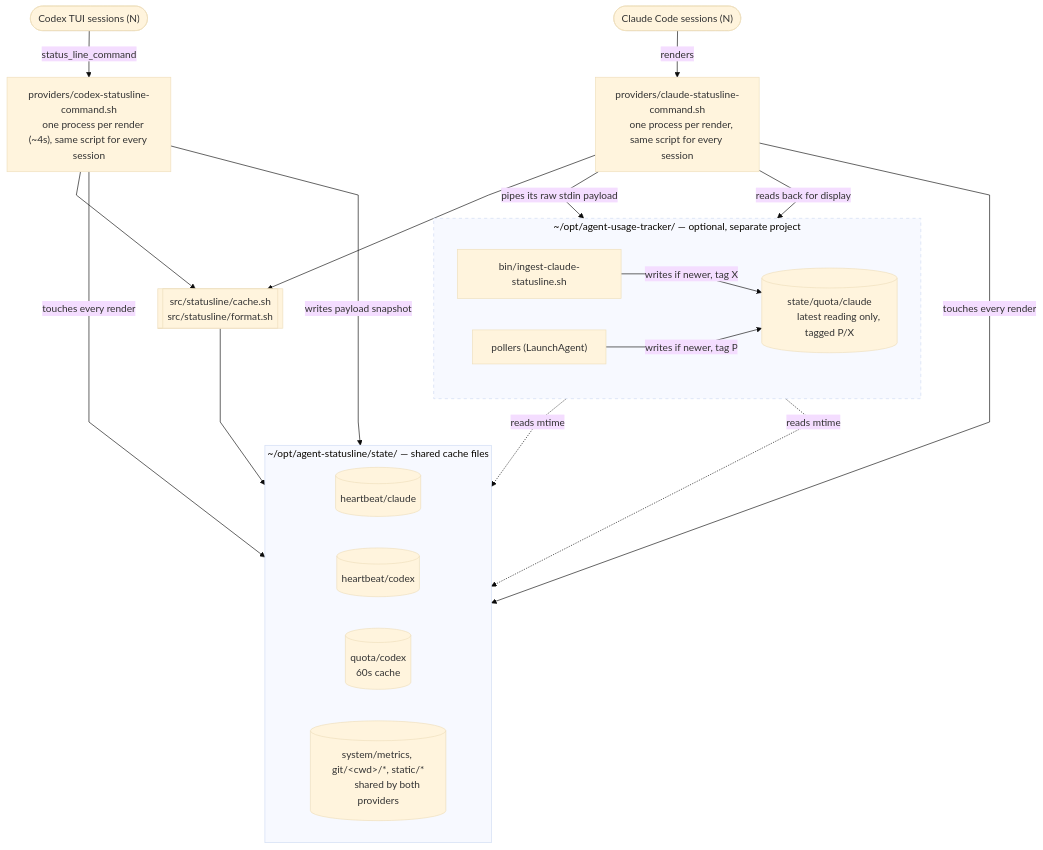
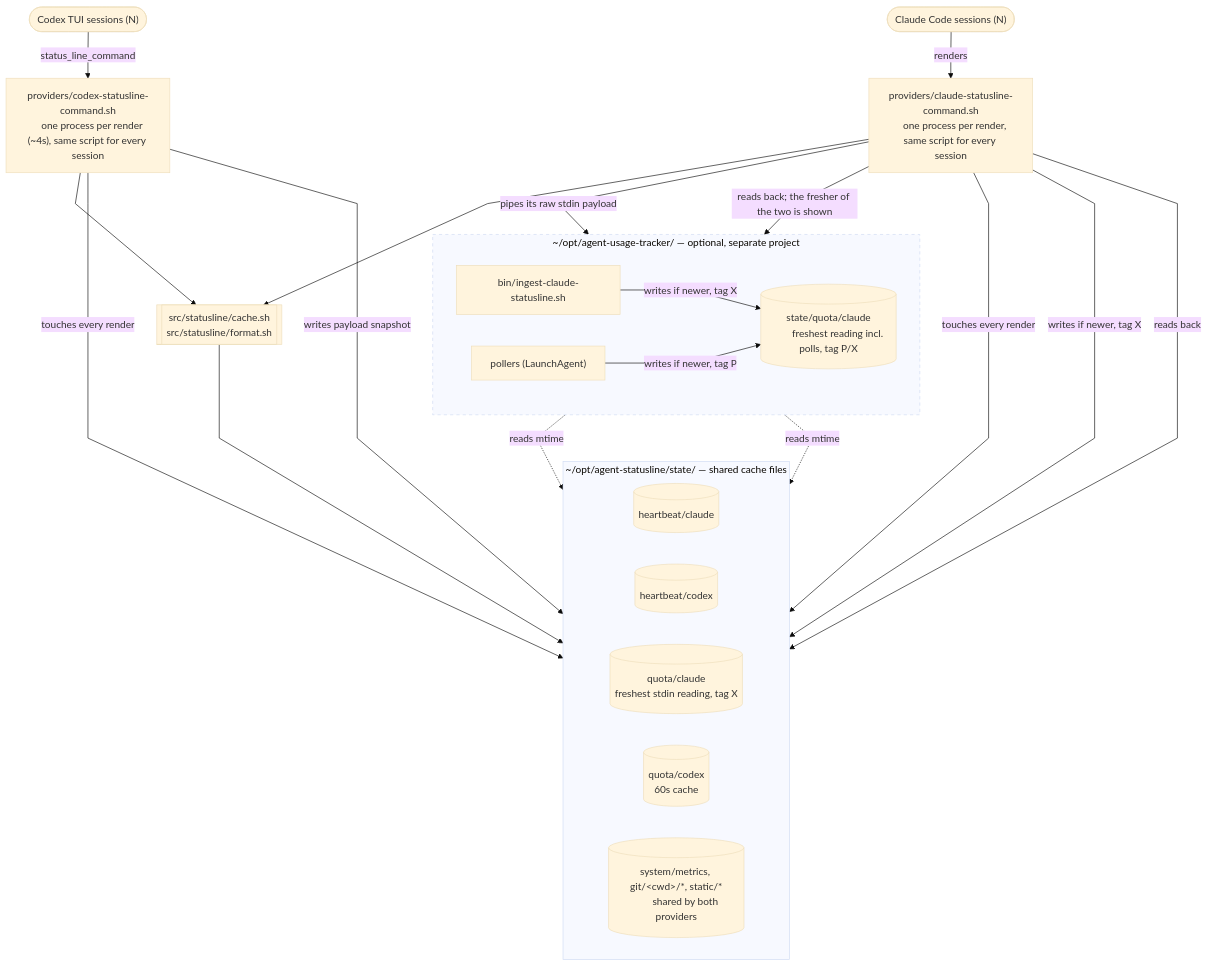
Before and after one commit to JeanLescutMuller/agent-statusline: the diagram in README.md, drawn with Mermaid (base theme). The commit also changed other lines of this file and 9 other files, not shown here.

First line of the commit message:
Own Claude quota cache; dash instead of a made-up 0%

````diff
--- a/README.md
+++ b/README.md
@@ -33,52 +33,56 @@
 ```mermaid
 %%{init: {"flowchart": {"curve": "linear"}}}%%
 flowchart TB
     claudeS(["Claude Code sessions (N)"])
     codexS(["Codex TUI sessions (N)"])
 
     provclaude["providers/claude-statusline-command.sh
     one process per render, same script for every session"]
     provcodex["providers/codex-statusline-command.sh
     one process per render (~4s), same script for every session"]
 
     sharedlib[["src/statusline/cache.sh
     src/statusline/format.sh"]]
 
     subgraph state["~/opt/agent-statusline/state/ — shared cache files"]
         direction LR
         hbC[("heartbeat/claude")]
         hbX[("heartbeat/codex")]
+        ccC0[("quota/claude
+        freshest stdin reading, tag X")]
         ccX[("quota/codex
         60s cache")]
         ccOther[("system/metrics, git/&lt;cwd&gt;/*, static/*
         shared by both providers")]
     end
 
     subgraph tracker["~/opt/agent-usage-tracker/ — optional, separate project"]
         direction LR
         ingest["bin/ingest-claude-statusline.sh"]
         ccC[("state/quota/claude
-        latest reading only, tagged P/X")]
+        freshest reading incl. polls, tag P/X")]
         pollers["pollers (LaunchAgent)"]
     end
 
     claudeS -->|renders| provclaude
     codexS -->|"status_line_command"| provcodex
 
     provclaude --> sharedlib
     provcodex --> sharedlib
     sharedlib --> ccOther
 
     provclaude -->|touches every render| hbC
     provcodex -->|touches every render| hbX
     provcodex -->|writes payload snapshot| ccX
 
+    provclaude -->|"writes if newer, tag X"| ccC0
+    provclaude -->|"reads back"| ccC0
     provclaude -->|"pipes its raw stdin payload"| ingest
     ingest -->|"writes if newer, tag X"| ccC
-    provclaude -->|"reads back for display"| ccC
+    provclaude -->|"reads back; the fresher of the two is shown"| ccC
     pollers -.->|"reads mtime"| hbC
     pollers -.->|"reads mtime"| hbX
     pollers -->|"writes if newer, tag P"| ccC
 
     style tracker stroke-dasharray: 5 5
 ```
````
